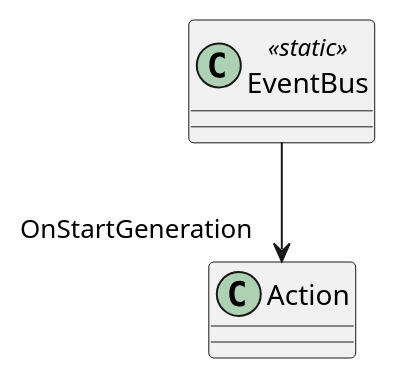
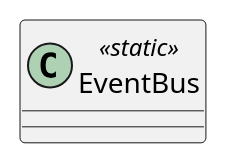
Before and after one commit to mysteryfungus/DungeonGeneratorUnity: the diagram in UML/Service/EventBus.puml, drawn with PlantUML. The commit also changed 61 other files, not shown here.

Commit message:
Generate UML (Generate UML)

```diff
--- a/UML/Service/EventBus.puml
+++ b/UML/Service/EventBus.puml
@@ -1,5 +1,4 @@
 @startuml
 class EventBus <<static>> {
 }
-EventBus --> "OnStartGeneration" Action
 @enduml
```
